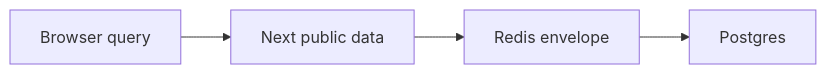
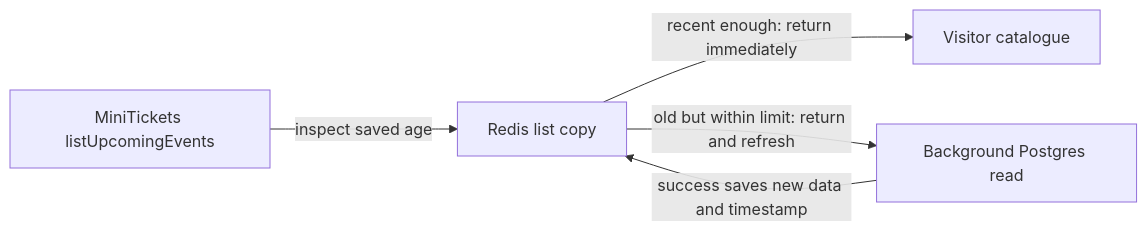
One commit to maheshnd/minitickets changed the diagram in docs/handbook/concepts/stale-while-revalidate.md. Above: the diagram before and after it, drawn with Mermaid. The commit also changed other lines of this file and 119 other files, not shown here.

````diff
--- a/docs/handbook/concepts/stale-while-revalidate.md
+++ b/docs/handbook/concepts/stale-while-revalidate.md
@@ -17,7 +19,7 @@
 ```mermaid
 flowchart LR
-    n0["Browser query"] --> n1
-    n1["Next public data"] --> n2
-    n2["Redis envelope"] --> n3
-    n3["Postgres"]
+    A["MiniTickets listUpcomingEvents"] -->|"inspect saved age"| R["Redis list copy"]
+    R -->|"recent enough: return immediately"| B["Visitor catalogue"]
+    R -->|"old but within limit: return and refresh"| P["Background Postgres read"]
+    P -->|"success saves new data and timestamp"| R
 ```
````
